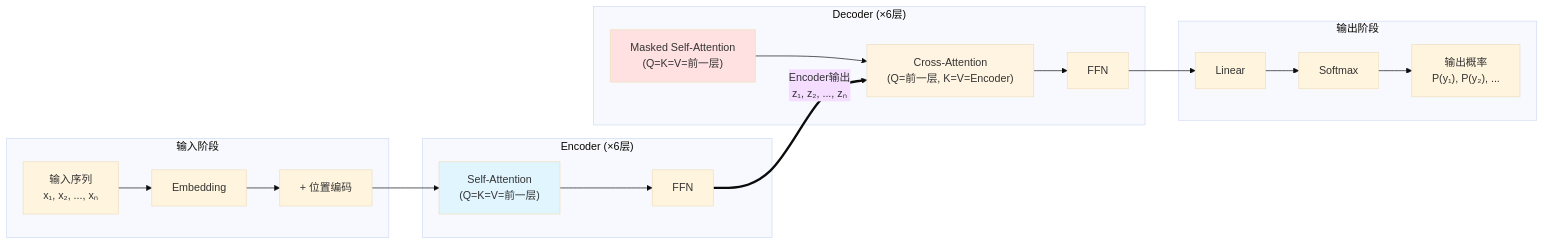
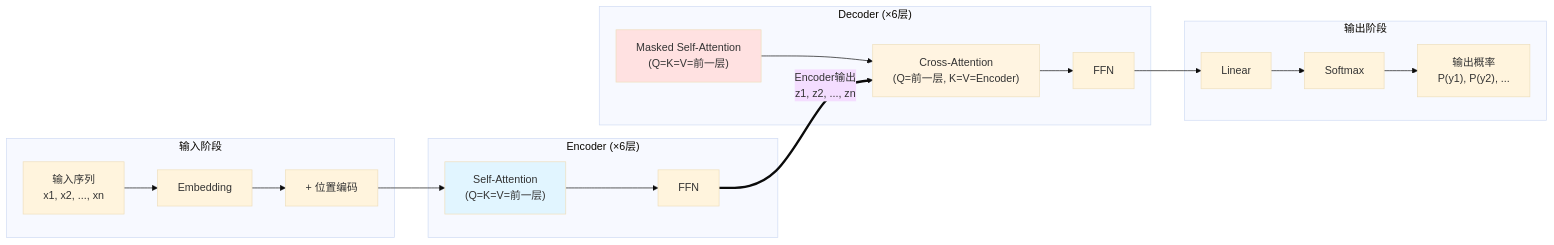
One commit to Yunzenn/blog changed the second of 2 diagrams in transformer/02_architecture_overview.md. Above: the diagram before and after it, drawn with Mermaid (base theme). The commit also changed other lines of this file and 2 other files, not shown here.

````diff
--- a/transformer/02_architecture_overview.md
+++ b/transformer/02_architecture_overview.md
@@ -291,35 +281,35 @@
 ```mermaid
 graph LR
     subgraph Input["输入阶段"]
-        I1["输入序列<br/>x₁, x₂, ..., xₙ"]
+        I1["输入序列<br/>x1, x2, ..., xn"]
         I2["Embedding"]
         I3["+ 位置编码"]
         I1 --> I2 --> I3
     end
     
     subgraph Enc["Encoder (×6层)"]
         E1["Self-Attention<br/>(Q=K=V=前一层)"]
         E2["FFN"]
         I3 --> E1 --> E2
     end
     
     subgraph Dec["Decoder (×6层)"]
         D1["Masked Self-Attention<br/>(Q=K=V=前一层)"]
         D2["Cross-Attention<br/>(Q=前一层, K=V=Encoder)"]
         D3["FFN"]
         D1 --> D2 --> D3
     end
     
     subgraph Output["输出阶段"]
         O1["Linear"]
         O2["Softmax"]
-        O3["输出概率<br/>P(y₁), P(y₂), ..."]
+        O3["输出概率<br/>P(y1), P(y2), ..."]
         D3 --> O1 --> O2 --> O3
     end
     
-    E2 ==>|"Encoder输出<br/>z₁, z₂, ..., zₙ"| D2
+    E2 ==>|"Encoder输出<br/>z1, z2, ..., zn"| D2
     
     style E1 fill:#e1f5ff
     style D1 fill:#ffe1e1
     style D2 fill:#fff4e1
 ```
````
